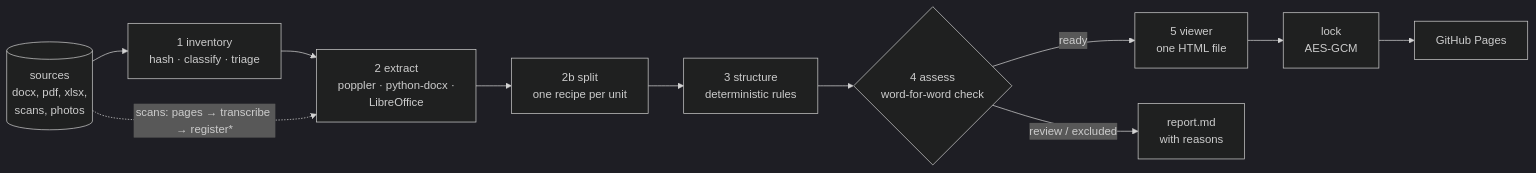
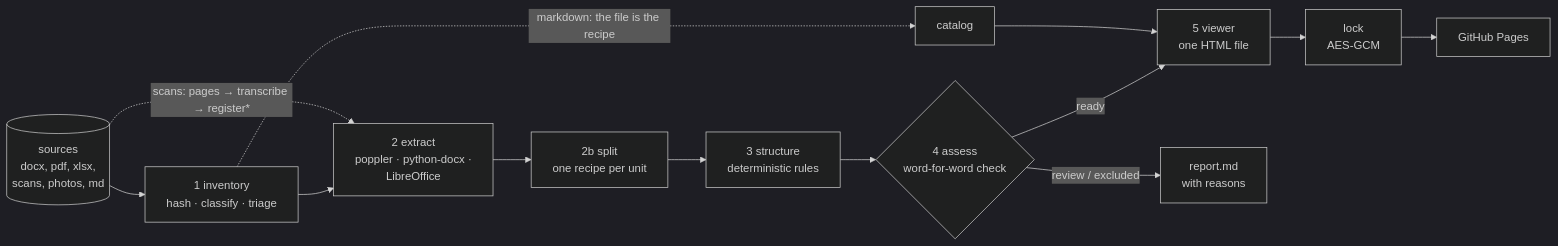
One commit to steinnhauser/recipify changed the diagram in README.md. Above: the diagram before and after it, drawn with Mermaid (dark theme). The commit also changed other lines of this file and 15 other files, not shown here.

Commit message:
feat: read recipes written in markdown straight into the catalog

````diff
--- a/README.md
+++ b/README.md
@@ -22,12 +22,13 @@
 ```mermaid
 flowchart LR
-    S[("sources<br/>docx, pdf, xlsx,<br/>scans, photos")] --> I["1 inventory<br/>hash · classify · triage"]
+    S[("sources<br/>docx, pdf, xlsx,<br/>scans, photos, md")] --> I["1 inventory<br/>hash · classify · triage"]
     I --> E["2 extract<br/>poppler · python-docx ·<br/>LibreOffice"]
     S -. "scans: pages → transcribe → register*" .-> E
     E --> D["2b split<br/>one recipe per unit"]
     D --> T["3 structure<br/>deterministic rules"]
     T --> A{"4 assess<br/>word-for-word check"}
     A -- ready --> V["5 viewer<br/>one HTML file"]
     A -- review / excluded --> R["report.md<br/>with reasons"]
+    I -. "markdown: the file is the recipe" .-> C["catalog"] --> V
     V --> L["lock<br/>AES-GCM"] --> P["GitHub Pages"]
 ```
````
